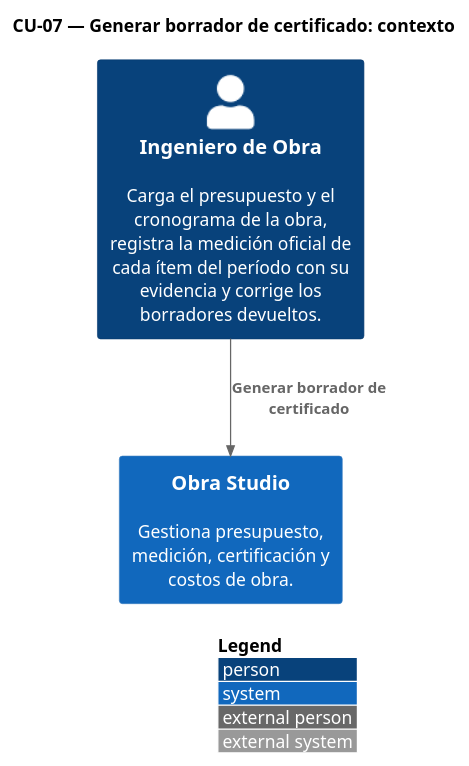
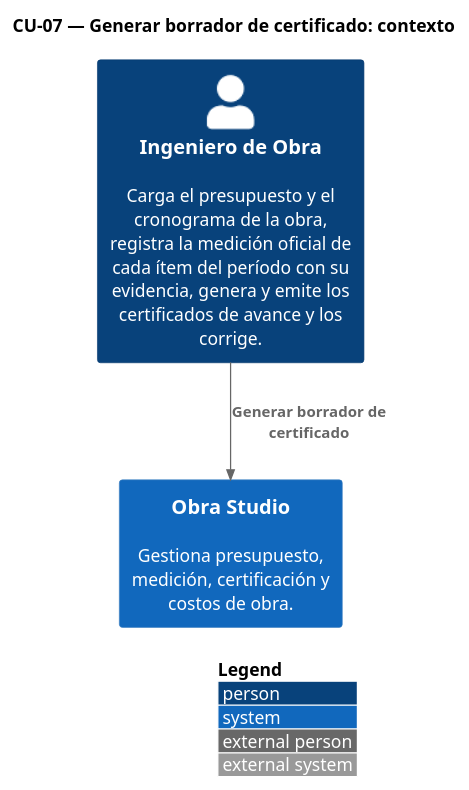
Before and after one commit to Ssrrb/TPF-teoria: the diagram in modelo/c4/C4-CU07-contexto.puml, drawn with PlantUML. The commit also changed 40 other files, not shown here.

```diff
--- a/modelo/c4/C4-CU07-contexto.puml
+++ b/modelo/c4/C4-CU07-contexto.puml
@@ -1,10 +1,10 @@
 @startuml
 !include <C4/C4_Context>
 LAYOUT_WITH_LEGEND()
 title CU-07 — Generar borrador de certificado: contexto
 
-Person(ING, "Ingeniero de Obra", "Carga el presupuesto y el cronograma de la obra, registra la medición oficial de cada ítem del período con su evidencia y corrige los borradores devueltos.")
+Person(ING, "Ingeniero de Obra", "Carga el presupuesto y el cronograma de la obra, registra la medición oficial de cada ítem del período con su evidencia, genera y emite los certificados de avance y los corrige.")
 System(obra, "Obra Studio", "Gestiona presupuesto, medición, certificación y costos de obra.")
 
 Rel(ING, obra, "Generar borrador de certificado")
 @enduml
```
